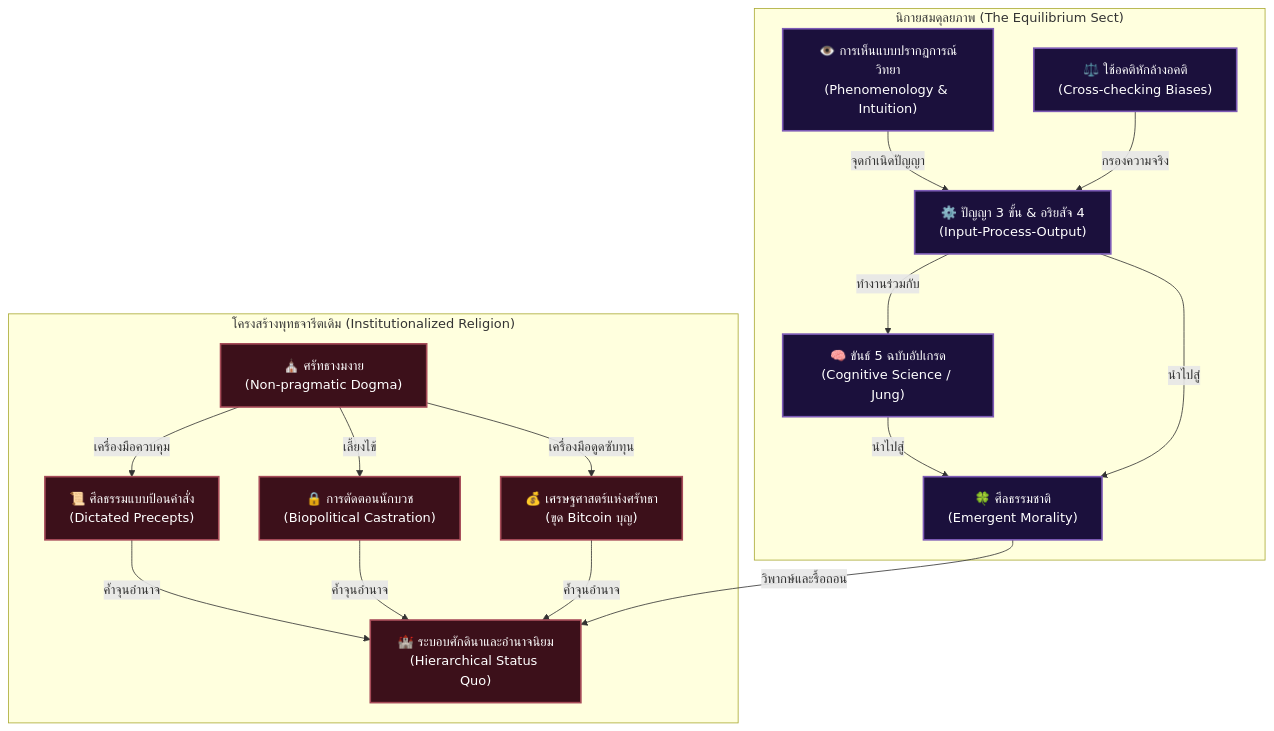
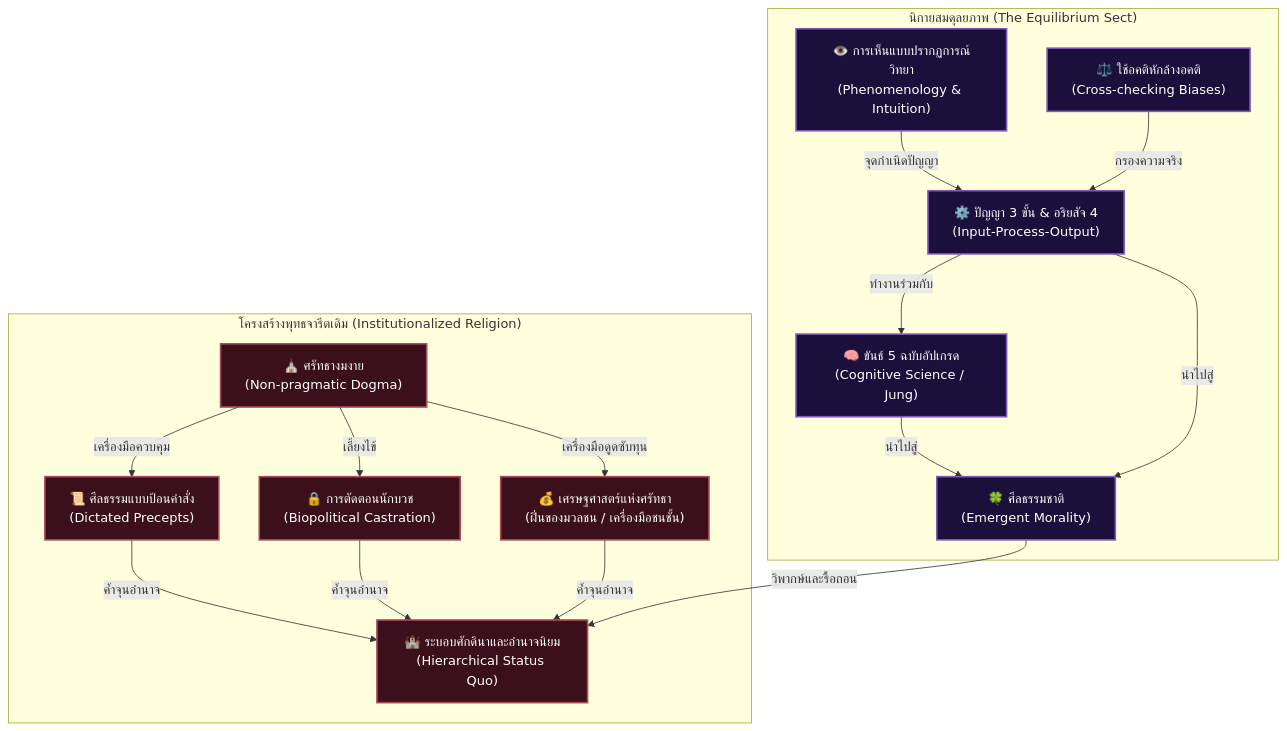
One commit to ellipszist/unityequilibriumtheory changed the diagram in uet_history/3_publish/books/05_reformation_of_the_mind/book_blueprint.md. Above: the diagram before and after it, drawn with Mermaid. The commit also changed other lines of this file, not shown here.

Commit message:
docs(book5): replace bitcoin analogy with marx's opium of the people

````diff
--- a/uet_history/3_publish/books/05_reformation_of_the_mind/book_blueprint.md
+++ b/uet_history/3_publish/books/05_reformation_of_the_mind/book_blueprint.md
@@ -11,39 +11,39 @@
 ```mermaid
 graph TD
     %% Dogmatic Feudal Path (State-backed Religion)
     subgraph FeudalSystem ["โครงสร้างพุทธจารีตเดิม (Institutionalized Religion)"]
         Dogma["⛪ ศรัทธางมงาย<br/>(Non-pragmatic Dogma)"]
         Castration["🔒 การตัดตอนนักบวช<br/>(Biopolitical Castration)"]
         ExternalSila["📜 ศีลธรรมแบบป้อนคำสั่ง<br/>(Dictated Precepts)"]
-        Economy["💰 เศรษฐศาสตร์แห่งศรัทธา<br/>(ขุด Bitcoin บุญ)"]
+        Economy["💰 เศรษฐศาสตร์แห่งศรัทธา<br/>(ฝิ่นของมวลชน / เครื่องมือชนชั้น)"]
         Feudalism["🏰 ระบอบศักดินาและอำนาจนิยม<br/>(Hierarchical Status Quo)"]
     end
 
     %% Reformed Path: The Equilibrium Sect
     subgraph EquilibriumSect ["นิกายสมดุลยภาพ (The Equilibrium Sect)"]
         Intuition["👁️ การเห็นแบบปรากฏการณ์วิทยา<br/>(Phenomenology & Intuition)"]
         Process["⚙️ ปัญญา 3 ขั้น & อริยสัจ 4<br/>(Input-Process-Output)"]
         Cognitive["🧠 ขันธ์ 5 ฉบับอัปเกรด<br/>(Cognitive Science / Jung)"]
         EmergentSila["🍀 ศีลธรรมชาติ<br/>(Emergent Morality)"]
         SystemCheck["⚖️ ใช้อคติหักล้างอคติ<br/>(Cross-checking Biases)"]
     end
 
     %% Connections
     Dogma -->|เครื่องมือควบคุม| ExternalSila
     Dogma -->|เลี้ยงไข้| Castration
     Dogma -->|เครื่องมือดูดซับทุน| Economy
     ExternalSila & Castration & Economy -->|ค้ำจุนอำนาจ| Feudalism
 
     Intuition -->|จุดกำเนิดปัญญา| Process
     Process -->|ทำงานร่วมกับ| Cognitive
     Cognitive & Process -->|นำไปสู่| EmergentSila
     EmergentSila -->|วิพากษ์และรื้อถอน| Feudalism
     SystemCheck -->|กรองความจริง| Process
 
     %% Styles
     classDef feudal fill:#3c101a,stroke:#a64b58,stroke-width:2px,color:#fff;
     classDef reform fill:#1b103c,stroke:#7d5bb6,stroke-width:2px,color:#fff;
     
     class Dogma,Castration,ExternalSila,Economy,Feudalism feudal;
     class Intuition,Process,Cognitive,EmergentSila,SystemCheck reform;
 ```
````
